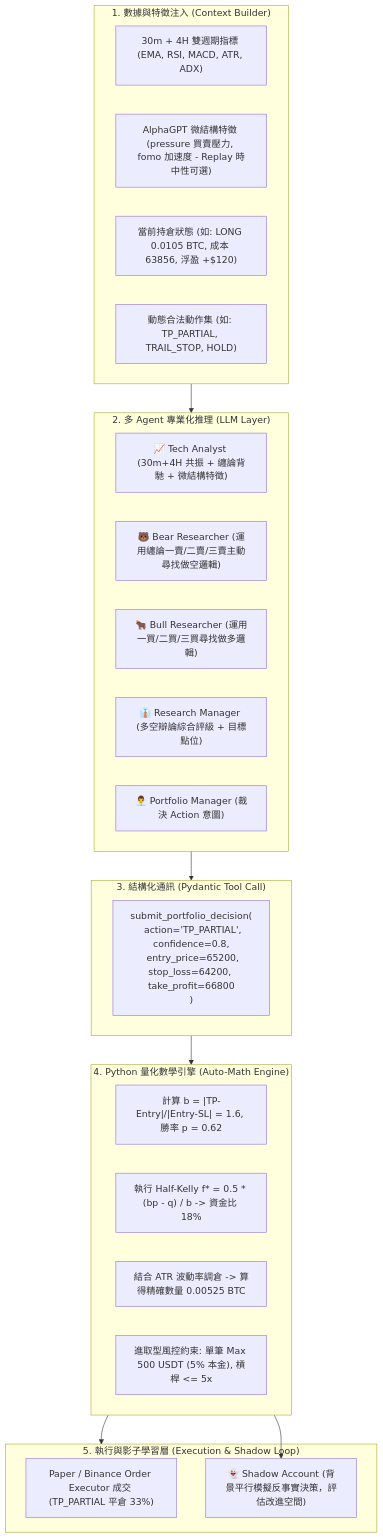
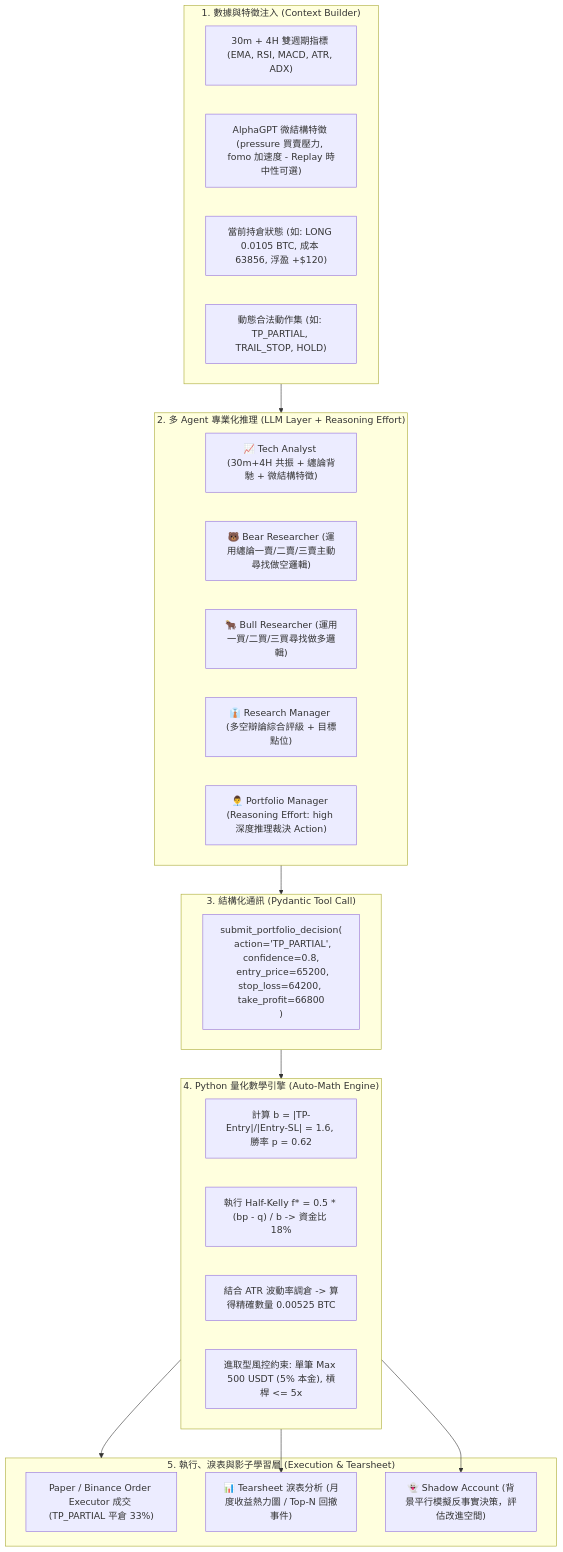
One commit to dimx9173/vibe-trading-encyc changed the fourth of 5 diagrams in docs/research/vbt-architecture-strategy-improvement-plan.md. Above: the diagram before and after it, drawn with Mermaid. The commit also changed other lines of this file and 1 other file, not shown here.

Commit message:
docs: integrate Reasoning Effort and Tearsheet components into improvement plan v1.6 and evolution roadmap

````diff
--- a/docs/research/vbt-architecture-strategy-improvement-plan.md
+++ b/docs/research/vbt-architecture-strategy-improvement-plan.md
@@ -107,36 +110,37 @@
 ```mermaid
 flowchart TD
     subgraph S1 ["1. 數據與特徵注入 (Context Builder)"]
         D1["30m + 4H 雙週期指標 (EMA, RSI, MACD, ATR, ADX)"]
         D2["AlphaGPT 微結構特徵 (pressure 買賣壓力, fomo 加速度 - Replay 時中性可選)"]
         D3["當前持倉狀態 (如: LONG 0.0105 BTC, 成本 63856, 浮盈 +$120)"]
         D4["動態合法動作集 (如: TP_PARTIAL, TRAIL_STOP, HOLD)"]
     end
 
-    subgraph S2 ["2. 多 Agent 專業化推理 (LLM Layer)"]
+    subgraph S2 ["2. 多 Agent 專業化推理 (LLM Layer + Reasoning Effort)"]
         Tech["📈 Tech Analyst (30m+4H 共振 + 纏論背馳 + 微結構特徵)"]
         Bear["🐻 Bear Researcher (運用纏論一賣/二賣/三賣主動尋找做空邏輯)"]
         Bull["🐂 Bull Researcher (運用一買/二買/三買尋找做多邏輯)"]
         RM["👔 Research Manager (多空辯論綜合評級 + 目標點位)"]
-        PM["👨‍💼 Portfolio Manager (裁決 Action 意圖)"]
+        PM["👨‍💼 Portfolio Manager (Reasoning Effort: high 深度推理裁決 Action)"]
     end
 
     subgraph S3 ["3. 結構化通訊 (Pydantic Tool Call)"]
         TC["submit_portfolio_decision(<br/>  action='TP_PARTIAL', confidence=0.8,<br/>  entry_price=65200, stop_loss=64200, take_profit=66800<br/>)"]
     end
 
     subgraph S4 ["4. Python 量化數學引擎 (Auto-Math Engine)"]
         M1["計算 b = |TP-Entry|/|Entry-SL| = 1.6, 勝率 p = 0.62"]
         M2["執行 Half-Kelly f* = 0.5 * (bp - q) / b -> 資金比 18%"]
         M3["結合 ATR 波動率調倉 -> 算得精確數量 0.00525 BTC"]
         M4["進取型風控約束: 單筆 Max 500 USDT (5% 本金), 槓桿 <= 5x"]
     end
 
-    subgraph S5 ["5. 執行與影子學習層 (Execution & Shadow Loop)"]
+    subgraph S5 ["5. 執行、淚表與影子學習層 (Execution & Tearsheet)"]
         EX["Paper / Binance Order Executor 成交 (TP_PARTIAL 平倉 33%)"]
+        Tearsheet["📊 Tearsheet 淚表分析 (月度收益熱力圖 / Top-N 回撤事件)"]
         Shadow["👻 Shadow Account (背景平行模擬反事實決策，評估改進空間)"]
     end
 
     S1 --> S2 --> S3 --> S4 --> S5
-    S4 --> Shadow
+    S4 --> Tearsheet & Shadow
 ```
````
